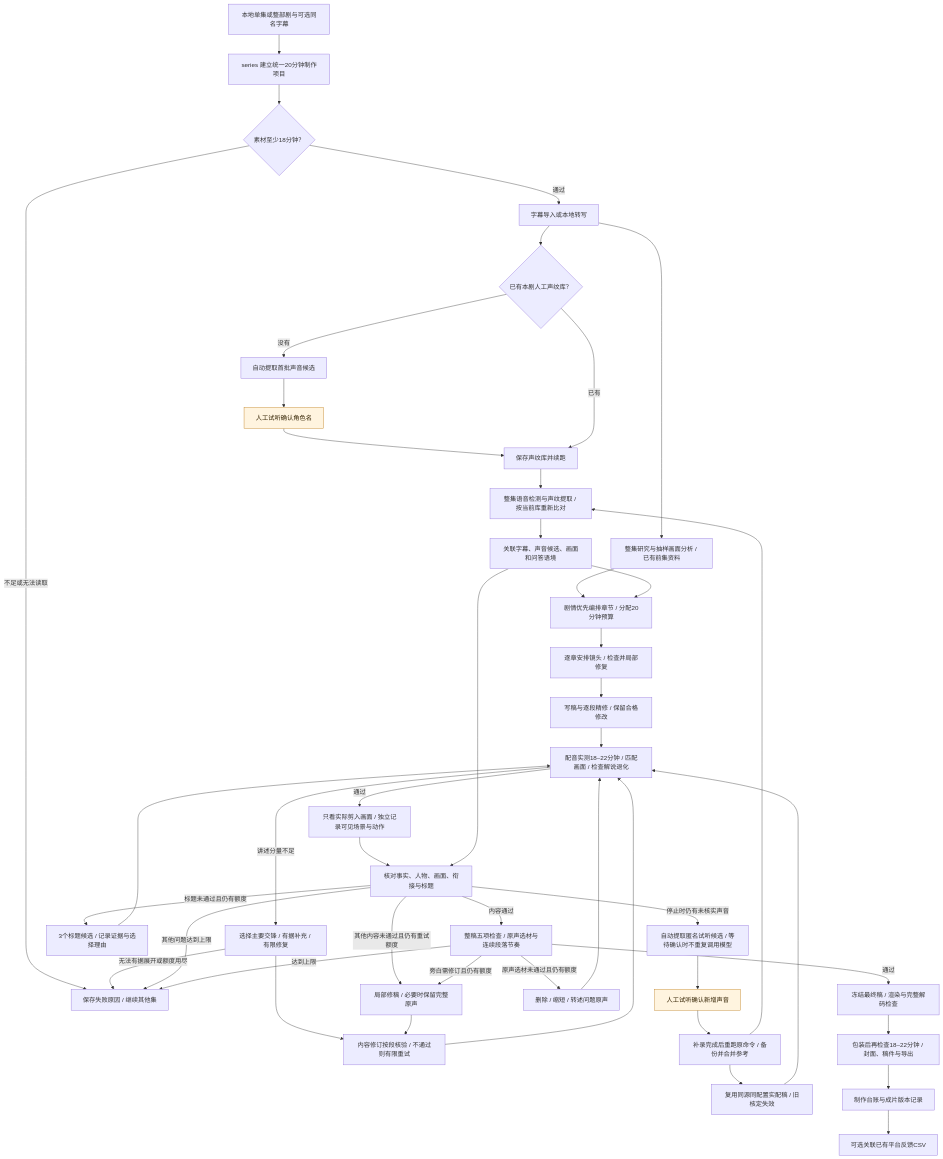
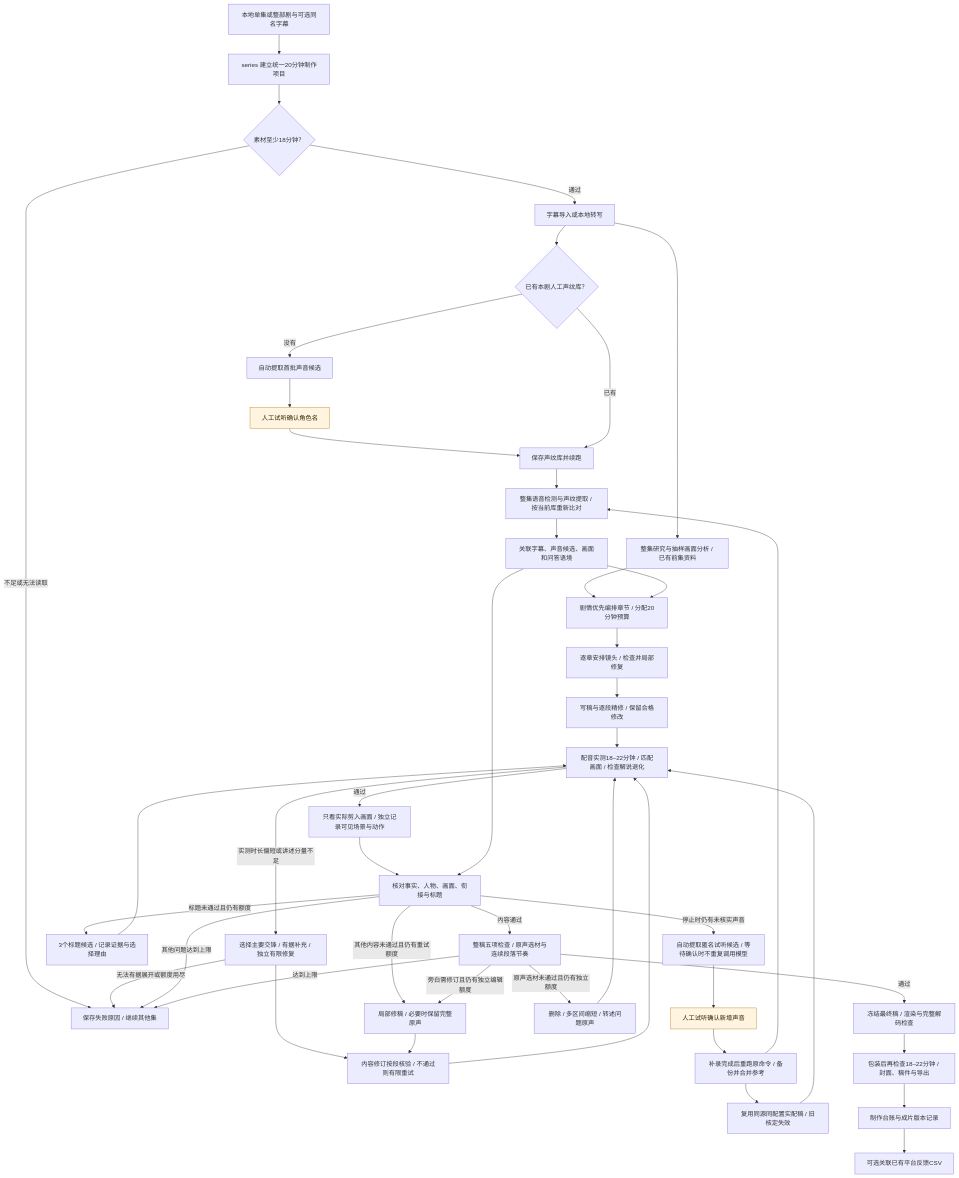
Before and after one commit to redrain-wang/autoclip1: the first of 2 diagrams in README.md, drawn with Mermaid. The commit also changed other lines of this file and 18 other files, not shown here.

````diff
--- a/README.md
+++ b/README.md
@@ -69,49 +73,49 @@
 ```mermaid
 flowchart TD
     A[本地单集或整部剧与可选同名字幕] --> B[series 建立统一20分钟制作项目]
     B --> SRC{素材至少18分钟？}
     SRC -->|不足或无法读取| Q[保存失败原因 / 继续其他集]
     SRC -->|通过| C[字幕导入或本地转写]
     C --> D{已有本剧人工声纹库？}
     D -->|没有| E[自动提取首批声音候选]
     E --> F[人工试听确认角色名]
     F --> G[保存声纹库并续跑]
     D -->|已有| G
     G --> H[整集语音检测与声纹提取 / 按当前库重新比对]
     H --> I[关联字幕、声音候选、画面和问答语境]
     C --> J[整集研究与抽样画面分析 / 已有前集资料]
     J --> K[剧情优先编排章节 / 分配20分钟预算]
     I --> K
     K --> L[逐章安排镜头 / 检查并局部修复]
     L --> M[写稿与逐段精修 / 保留合格修改]
     M --> N[配音实测18–22分钟 / 匹配画面 / 检查解说退化]
-    N -->|讲述分量不足| CB[选择主要交锋 / 有据补充 / 有限修复]
+    N -->|实测时长偏短或讲述分量不足| CB[选择主要交锋 / 有据补充 / 独立有限修复]
     CB --> U
     CB -->|无法有据展开或额度用尽| Q
     N -->|通过| VIS[只看实际剪入画面 / 独立记录可见场景与动作]
     VIS --> O[核对事实、人物、画面、衔接与标题]
     I --> O
     O -->|标题未通过且仍有额度| TT[3个标题候选 / 记录证据与选择理由]
     TT --> N
     O -->|其他内容未通过且仍有重试额度| P[局部修稿 / 必要时保留完整原声]
     P --> U[内容修订按段核验 / 不通过则有限重试]
     U --> N
     O -->|停止时仍有未核实声音| W[自动提取匿名试听候选 / 等待确认时不重复调用模型]
     W --> Z[人工试听确认新增声音]
     Z --> X[补录完成后重跑原命令 / 备份并合并参考]
     X --> H
     X --> Y[复用同源同配置实配稿 / 旧核定失效]
     Y --> N
     O -->|其他问题达到上限| Q
     O -->|内容通过| QD[整稿五项检查 / 原声选材与连续段落节奏]
-    QD -->|旁白需修订且仍有额度| P
-    QD -->|原声选材未通过且仍有额度| QS[删除 / 缩短 / 转述问题原声]
+    QD -->|旁白需修订且仍有独立编辑额度| P
+    QD -->|原声选材未通过且仍有独立额度| QS[删除 / 多区间缩短 / 转述问题原声]
     QS --> N
     QD -->|达到上限| Q
     QD -->|通过| R[冻结最终稿 / 渲染与完整解码检查]
     R --> S[包装后再检查18–22分钟 / 封面、稿件与导出]
     S --> T[制作台账与成片版本记录]
     T --> FB[可选关联已有平台反馈CSV]
     classDef human fill:#fff4df,stroke:#bd7a17,color:#332200
     class F,Z human
 ```
````
